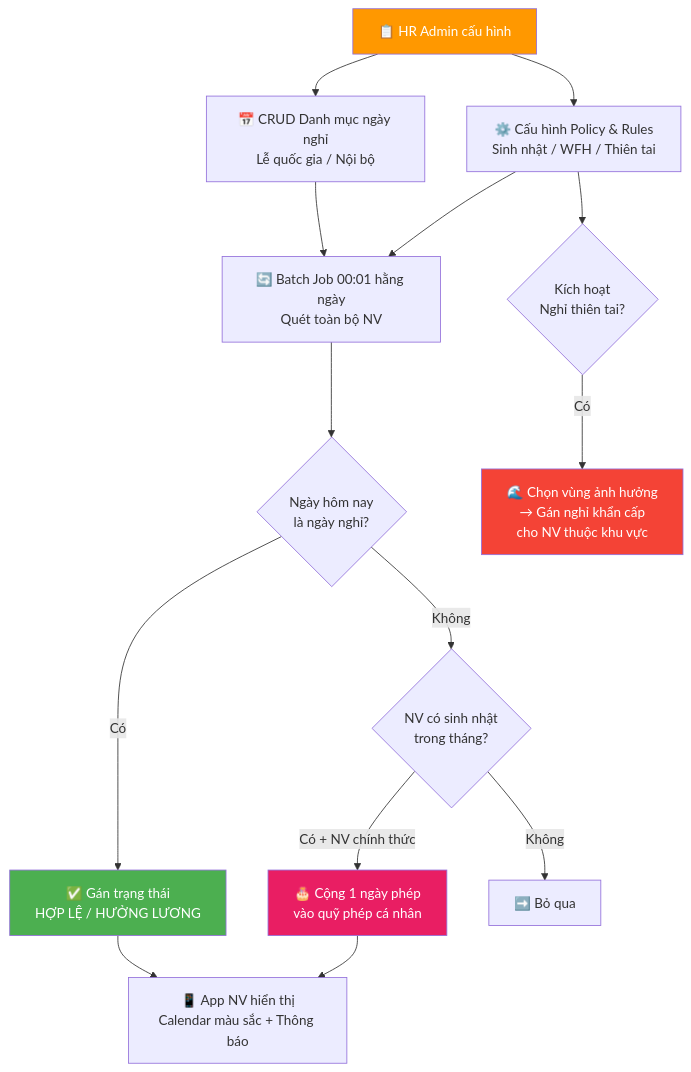
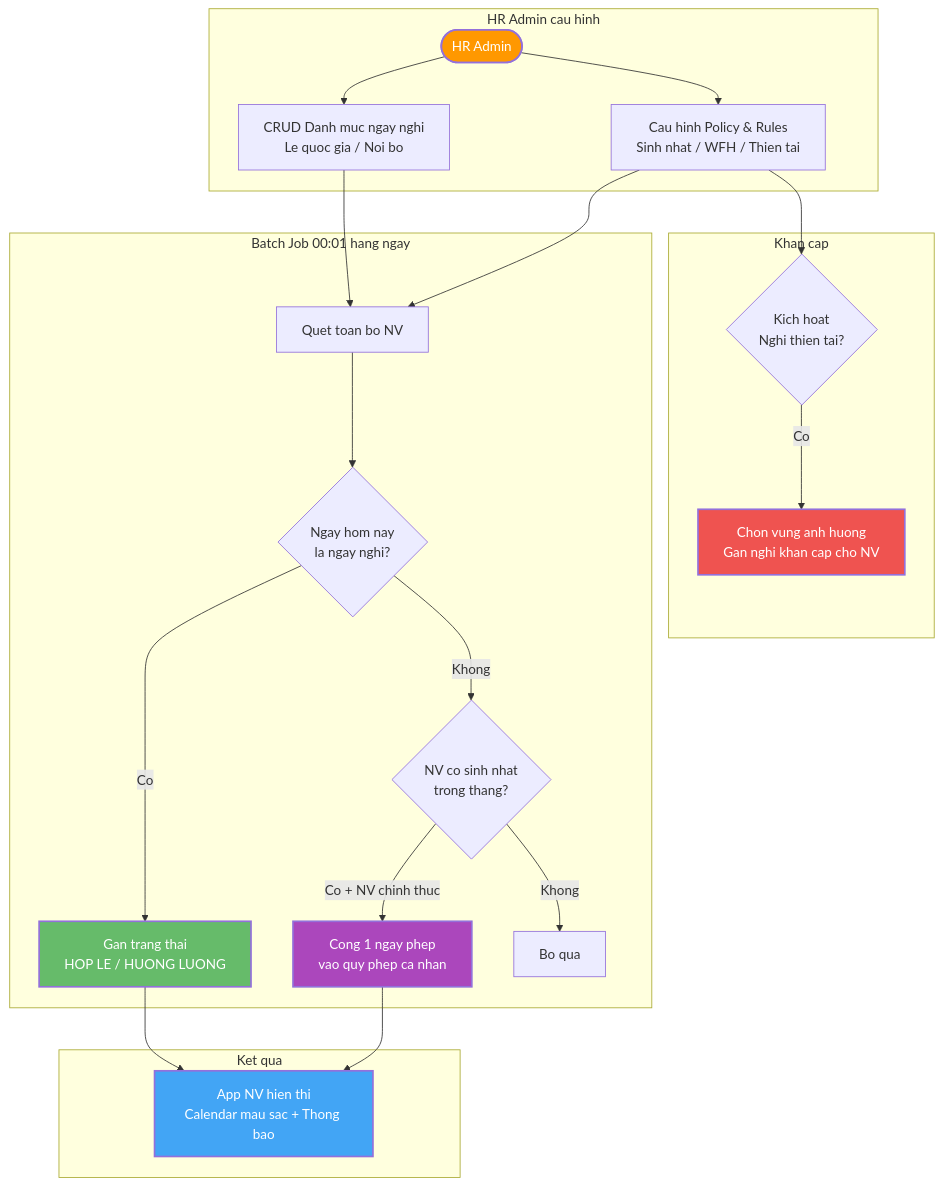
The first of 2 diagrams in outputs/mini-app-cham-cong/2.11-Mini-app/2.11.7.-Cấu-hình-lịch-nghỉ/README.md (olbboy/ba-kit-antigravity), drawn with Mermaid before and after one commit. The commit also changed other lines of this file and 11 other files, not shown here.

First line of the commit message:
fix: clean Confluence export artifacts and upgrade Mermaid diagrams

````diff
--- a/outputs/mini-app-cham-cong/2.11-Mini-app/2.11.7.-Cấu-hình-lịch-nghỉ/README.md
+++ b/outputs/mini-app-cham-cong/2.11-Mini-app/2.11.7.-Cấu-hình-lịch-nghỉ/README.md
@@ -28,25 +25,37 @@
 ```mermaid
 graph TD
-    A["📋 HR Admin cấu hình"] --> B["📅 CRUD Danh mục ngày nghỉ<br/>Lễ quốc gia / Nội bộ"]
-    A --> C["⚙️ Cấu hình Policy & Rules<br/>Sinh nhật / WFH / Thiên tai"]
-    
-    B --> D["🔄 Batch Job 00:01 hằng ngày<br/>Quét toàn bộ NV"]
-    C --> D
-    
-    D --> E{"Ngày hôm nay<br/>là ngày nghỉ?"}
-    E -->|"Có"| F["✅ Gán trạng thái<br/>HỢP LỆ / HƯỞNG LƯƠNG"]
-    E -->|"Không"| G{"NV có sinh nhật<br/>trong tháng?"}
-    G -->|"Có + NV chính thức"| H["🎂 Cộng 1 ngày phép<br/>vào quỹ phép cá nhân"]
-    G -->|"Không"| I["➡️ Bỏ qua"]
-    
-    F --> J["📱 App NV hiển thị<br/>Calendar màu sắc + Thông báo"]
-    H --> J
-    
-    C --> K{"Kích hoạt<br/>Nghỉ thiên tai?"}
-    K -->|"Có"| L["🌊 Chọn vùng ảnh hưởng<br/>→ Gán nghỉ khẩn cấp<br/>cho NV thuộc khu vực"]
+    subgraph Config["HR Admin cau hinh"]
+        A([HR Admin]) --> B[CRUD Danh muc ngay nghi<br/>Le quoc gia / Noi bo]
+        A --> C[Cau hinh Policy & Rules<br/>Sinh nhat / WFH / Thien tai]
+    end
 
-    style A fill:#FF9800,color:#fff
-    style F fill:#4CAF50,color:#fff
-    style H fill:#E91E63,color:#fff
-    style L fill:#F44336,color:#fff
+    subgraph BatchJob["Batch Job 00:01 hang ngay"]
+        B & C --> D[Quet toan bo NV]
+        D --> E{Ngay hom nay<br/>la ngay nghi?}
+        E -->|Co| F[Gan trang thai<br/>HOP LE / HUONG LUONG]
+        E -->|Khong| G{NV co sinh nhat<br/>trong thang?}
+        G -->|Co + NV chinh thuc| H[Cong 1 ngay phep<br/>vao quy phep ca nhan]
+        G -->|Khong| I[Bo qua]
+    end
+
+    subgraph Output["Ket qua"]
+        F & H --> J[App NV hien thi<br/>Calendar mau sac + Thong bao]
+    end
+
+    subgraph Emergency["Khan cap"]
+        C --> K{Kich hoat<br/>Nghi thien tai?}
+        K -->|Co| L[Chon vung anh huong<br/>Gan nghi khan cap cho NV]
+    end
+
+    classDef admin fill:#FF9800,color:#fff,stroke-width:2px
+    classDef success fill:#66BB6A,color:#fff,stroke-width:2px
+    classDef special fill:#AB47BC,color:#fff,stroke-width:2px
+    classDef danger fill:#EF5350,color:#fff,stroke-width:2px
+    classDef output fill:#42A5F5,color:#fff,stroke-width:2px
+
+    class A admin
+    class F success
+    class H special
+    class L danger
+    class J output
 ```
````
